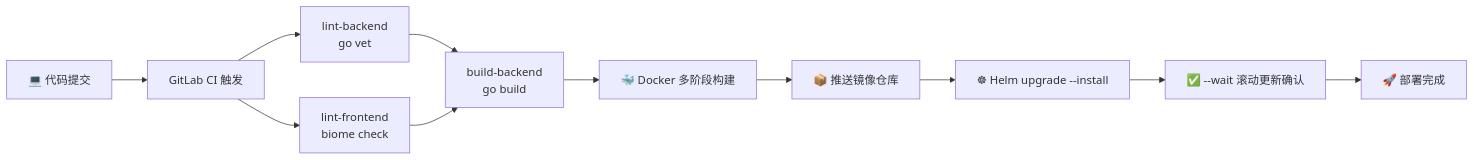
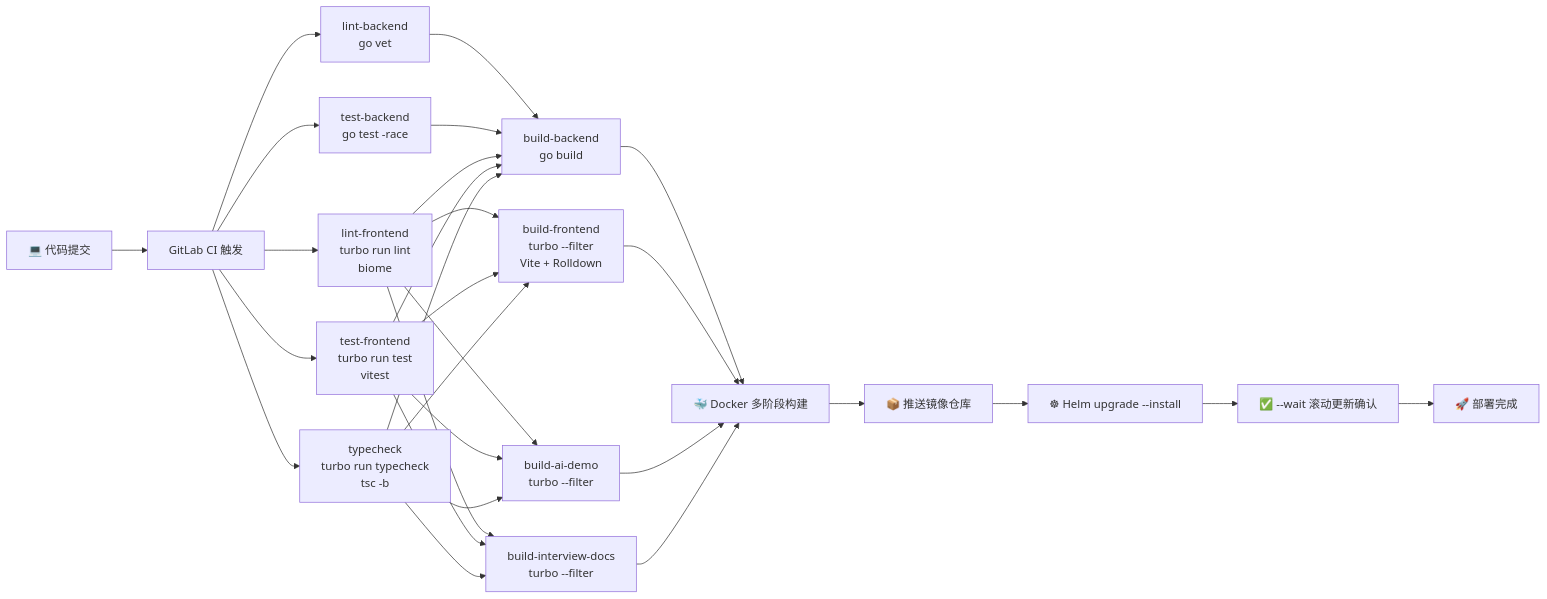
The fifth of 49 diagrams in docs/S4-面试冲刺/00-面试技术亮点汇总.md (KMaybe01/interview-demo), drawn with Mermaid before and after one commit. The commit also changed other lines of this file and 22 other files, not shown here.

````diff
--- a/docs/S4-面试冲刺/00-面试技术亮点汇总.md
+++ b/docs/S4-面试冲刺/00-面试技术亮点汇总.md
@@ -349,13 +384,18 @@
 ```mermaid
 graph LR
     A["💻 代码提交"] --> B["GitLab CI 触发"]
     B --> C1["lint-backend<br/>go vet"]
-    B --> C2["lint-frontend<br/>biome check"]
-    C1 --> D["build-backend<br/>go build"]
-    C2 --> D
-    D --> E["🐳 Docker 多阶段构建"]
-    E --> F["📦 推送镜像仓库"]
-    F --> G["☸ Helm upgrade --install"]
-    G --> H["✅ --wait 滚动更新确认"]
-    H --> I["🚀 部署完成"]
+    B --> C2["test-backend<br/>go test -race"]
+    B --> C3["lint-frontend<br/>turbo run lint<br/>biome"]
+    B --> C4["test-frontend<br/>turbo run test<br/>vitest"]
+    B --> C5["typecheck<br/>turbo run typecheck<br/>tsc -b"]
+    C1 & C2 & C3 & C4 & C5 --> D["build-backend<br/>go build"]
+    C3 & C4 & C5 --> E["build-frontend<br/>turbo --filter<br/>Vite + Rolldown"]
+    C3 & C4 & C5 --> F["build-ai-demo<br/>turbo --filter"]
+    C3 & C4 & C5 --> G["build-interview-docs<br/>turbo --filter"]
+    D & E & F & G --> H["🐳 Docker 多阶段构建"]
+    H --> I["📦 推送镜像仓库"]
+    I --> J["☸ Helm upgrade --install"]
+    J --> K["✅ --wait 滚动更新确认"]
+    K --> L["🚀 部署完成"]
 ```
````
